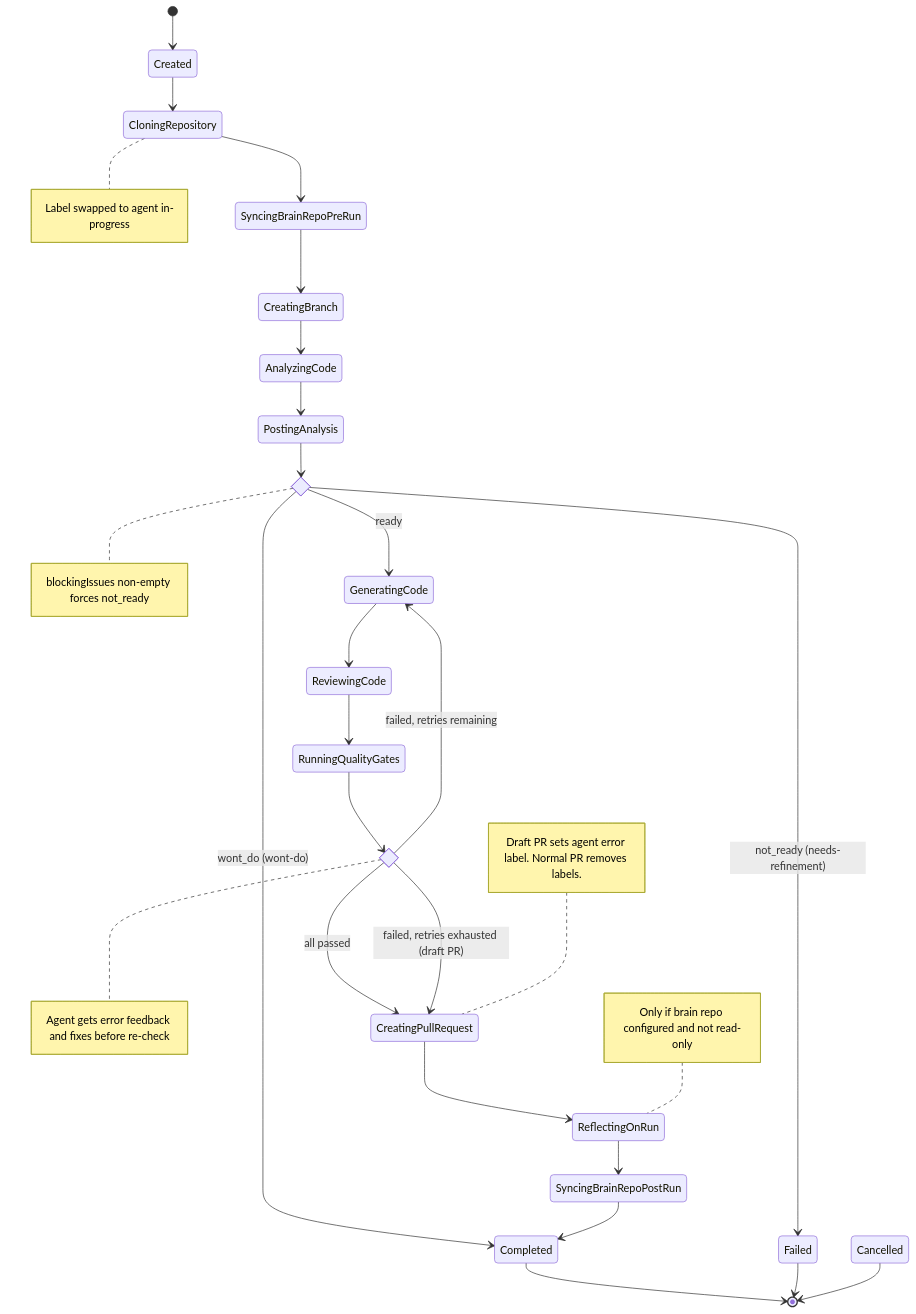
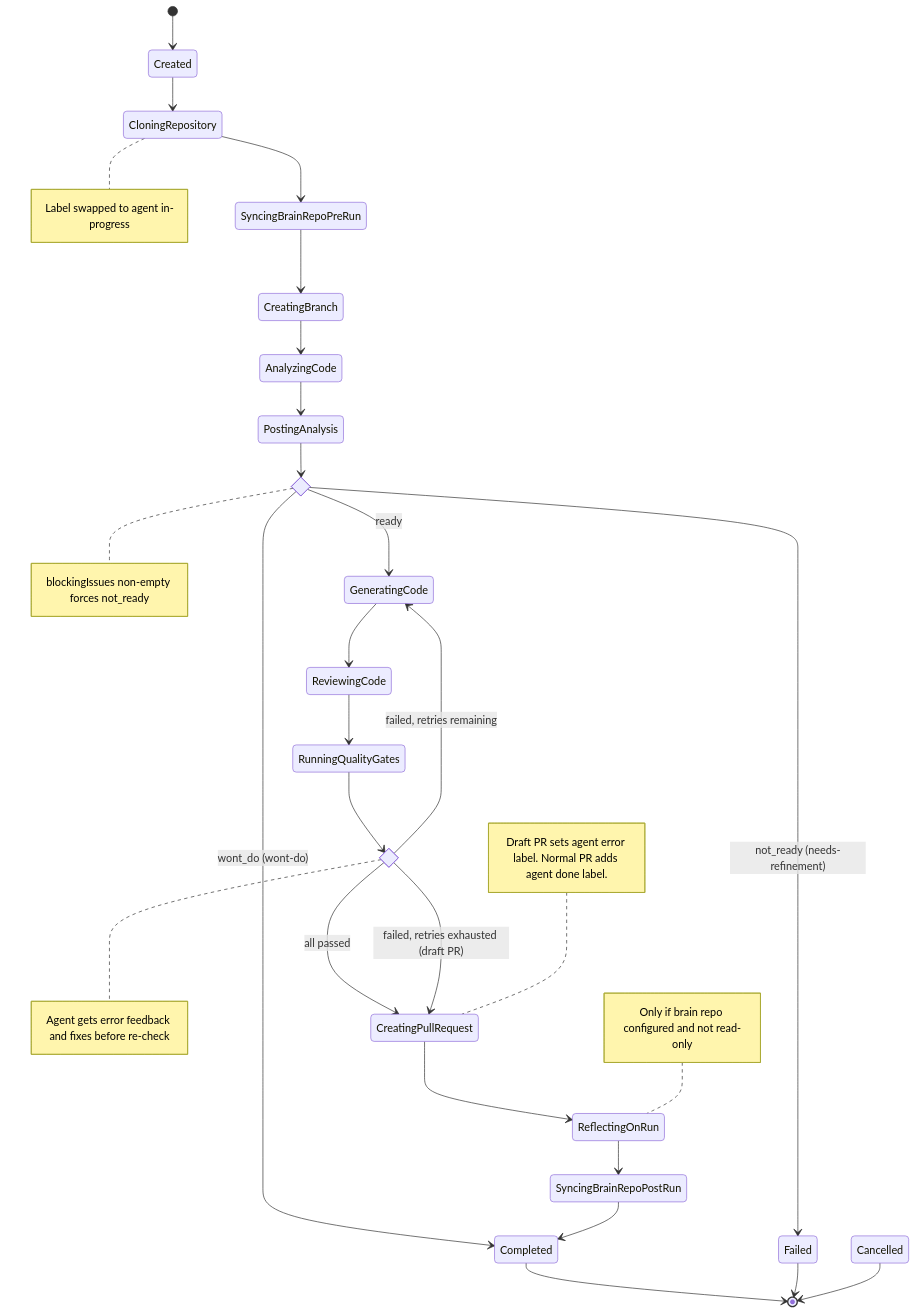
One commit to Chemsorly/coding-agent-automation changed the first of 4 diagrams in README.md. Above: the diagram before and after it, drawn with Mermaid. The commit also changed other lines of this file and 19 other files, not shown here.

Commit message:
pr rework flow

````diff
--- a/README.md
+++ b/README.md
@@ -148,50 +162,50 @@
 ```mermaid
 stateDiagram-v2
     direction TB
 
     [*] --> Created
     Created --> CloningRepository
     CloningRepository --> SyncingBrainRepoPreRun
     SyncingBrainRepoPreRun --> CreatingBranch
     CreatingBranch --> AnalyzingCode
     AnalyzingCode --> PostingAnalysis
 
     state ConfidenceGate <<choice>>
     PostingAnalysis --> ConfidenceGate
     ConfidenceGate --> GeneratingCode : ready
     ConfidenceGate --> Failed : not_ready (needs-refinement)
     ConfidenceGate --> Completed : wont_do (wont-do)
 
     GeneratingCode --> ReviewingCode
     ReviewingCode --> RunningQualityGates
 
     state QualityGateDecision <<choice>>
     RunningQualityGates --> QualityGateDecision
     QualityGateDecision --> CreatingPullRequest : all passed
     QualityGateDecision --> GeneratingCode : failed, retries remaining
     QualityGateDecision --> CreatingPullRequest : failed, retries exhausted (draft PR)
 
     CreatingPullRequest --> ReflectingOnRun
     ReflectingOnRun --> SyncingBrainRepoPostRun
     SyncingBrainRepoPostRun --> Completed
 
     Completed --> [*]
     Failed --> [*]
     Cancelled --> [*]
 
     note right of CloningRepository
         Label swapped to agent in-progress
     end note
     note right of ConfidenceGate
         blockingIssues non-empty forces not_ready
     end note
     note right of QualityGateDecision
         Agent gets error feedback and fixes before re-check
     end note
     note left of CreatingPullRequest
-        Draft PR sets agent error label. Normal PR removes labels.
+        Draft PR sets agent error label. Normal PR adds agent done label.
     end note
     note left of ReflectingOnRun
         Only if brain repo configured and not read-only
     end note
 ```
````
